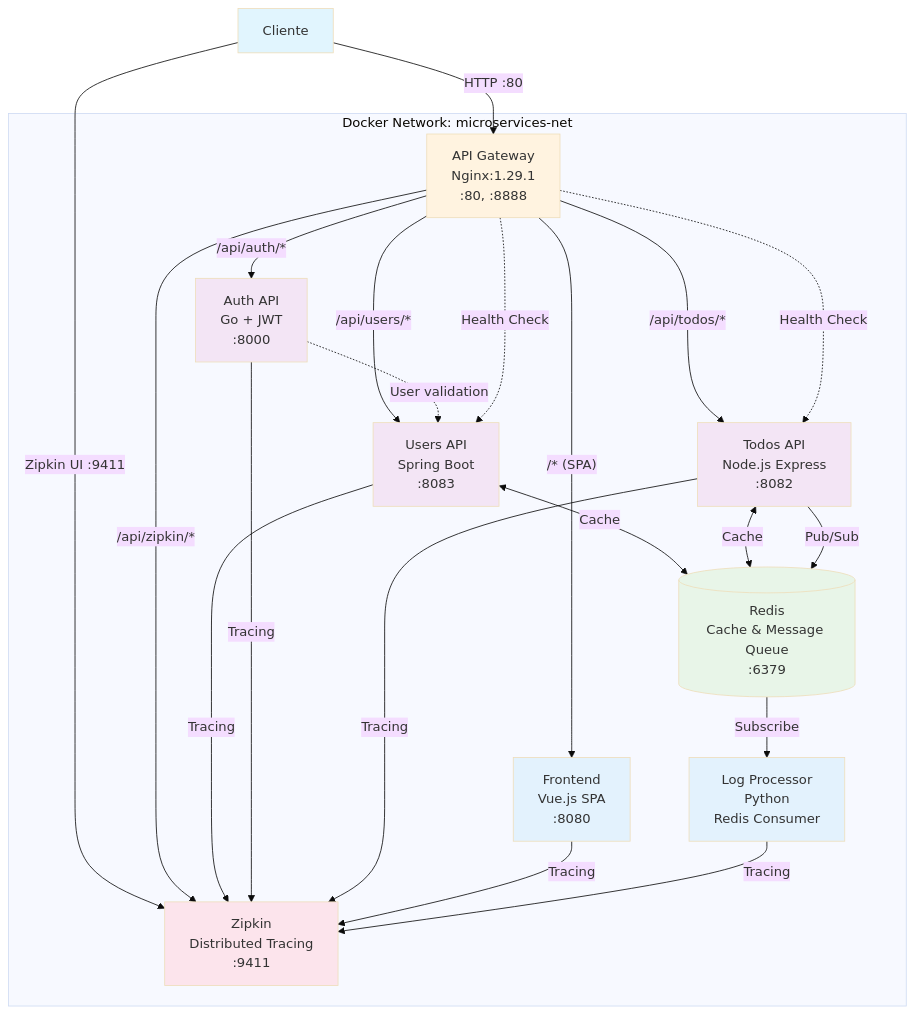
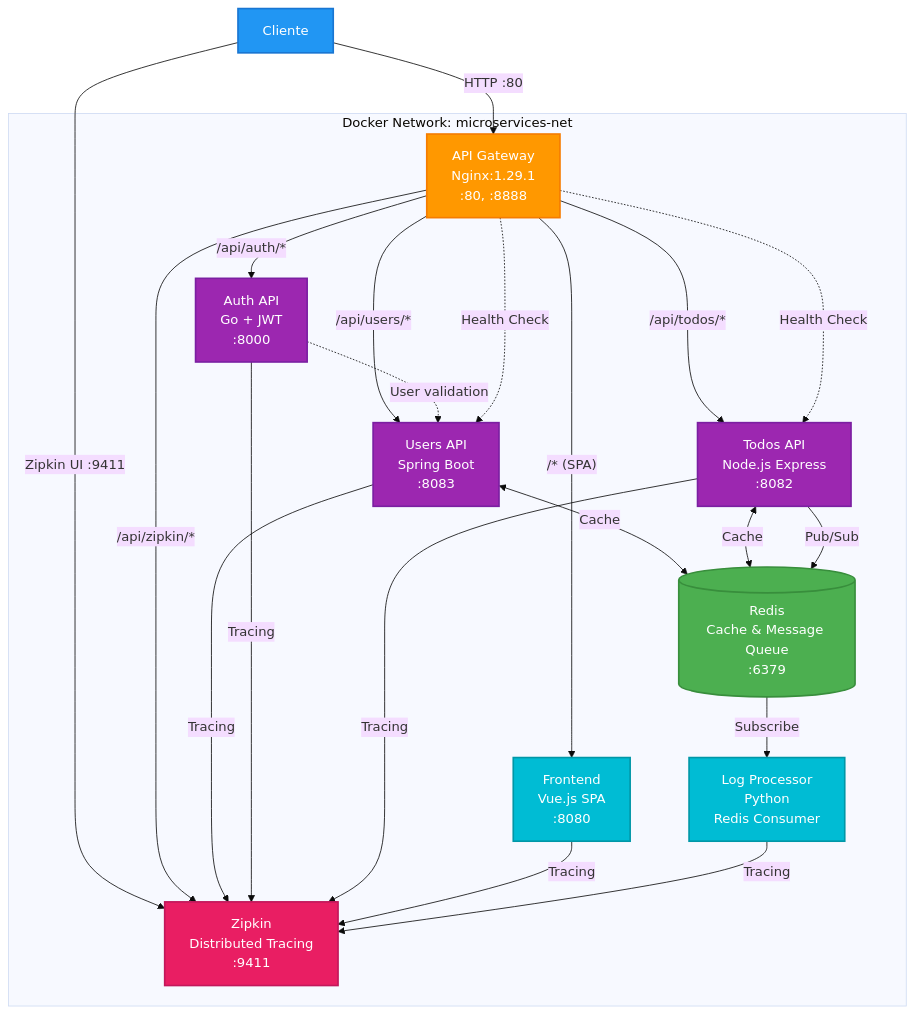
The first of 2 diagrams in README.md (Geoffrey0pv/Ops-Team-IaC-Repository), drawn with Mermaid (base theme) before and after one commit.

Commit message:
Enhance diagram styles in README.md for better visual clarity

````diff
--- a/README.md
+++ b/README.md
@@ -24,79 +24,79 @@
 ```mermaid
 graph TB
     %% Cliente y API Gateway
     Client[Cliente]
     Gateway[API Gateway<br/>Nginx:1.29.1<br/>:80, :8888]
     
     %% Frontend
     Frontend[Frontend<br/>Vue.js SPA<br/>:8080]
     
     %% Microservicios Backend
     AuthAPI[Auth API<br/>Go + JWT<br/>:8000]
     UsersAPI[Users API<br/>Spring Boot<br/>:8083]
     TodosAPI[Todos API<br/>Node.js Express<br/>:8082]
         
     %% Procesador de Logs
     LogProcessor[Log Processor<br/>Python<br/>Redis Consumer]
     
     %% Almacenamiento y Cache
     Redis[(Redis<br/>Cache & Message Queue<br/>:6379)]
     
     %% Monitoreo
     Zipkin[Zipkin<br/>Distributed Tracing<br/>:9411]
     
     %% Red Docker
     subgraph Network["Docker Network: microservices-net"]
         Gateway
         Frontend
         AuthAPI
         UsersAPI
         TodosAPI
         LogProcessor
         Redis
         Zipkin
     end
     
     %% Flujos principales
     Client -->|HTTP :80| Gateway
     Client -->|Zipkin UI :9411| Zipkin
     
     %% API Gateway routing
     Gateway -->|"/api/auth/*"| AuthAPI
     Gateway -->|"/api/users/*"| UsersAPI
     Gateway -->|"/api/todos/*"| TodosAPI
     Gateway -->|"/api/zipkin/*"| Zipkin
     Gateway -->|"/* (SPA)"| Frontend
     
     %% Dependencias entre servicios
     AuthAPI -.->|"User validation"| UsersAPI
     UsersAPI -->|"Tracing"| Zipkin
     AuthAPI -->|"Tracing"| Zipkin
     TodosAPI -->|"Tracing"| Zipkin
     Frontend -->|"Tracing"| Zipkin
     LogProcessor -->|"Tracing"| Zipkin
     
     %% Cache y almacenamiento
     UsersAPI <-->|"Cache"| Redis
     TodosAPI <-->|"Cache"| Redis
     TodosAPI -->|"Pub/Sub"| Redis
     Redis -->|"Subscribe"| LogProcessor
     
     %% Health Checks
     Gateway -.->|"Health Check"| UsersAPI
     Gateway -.->|"Health Check"| TodosAPI
     
     %% Estilos
-    classDef client fill:#e1f5fe
-    classDef gateway fill:#fff3e0
-    classDef api fill:#f3e5f5
-    classDef storage fill:#e8f5e8
-    classDef monitor fill:#fce4ec
-    classDef frontend fill:#e3f2fd
+    classDef client fill:#2196F3,stroke:#1976D2,stroke-width:2px,color:#fff
+    classDef gateway fill:#FF9800,stroke:#F57C00,stroke-width:2px,color:#fff
+    classDef api fill:#9C27B0,stroke:#7B1FA2,stroke-width:2px,color:#fff
+    classDef storage fill:#4CAF50,stroke:#388E3C,stroke-width:2px,color:#fff
+    classDef monitor fill:#E91E63,stroke:#C2185B,stroke-width:2px,color:#fff
+    classDef frontend fill:#00BCD4,stroke:#0097A7,stroke-width:2px,color:#fff
     
     class Client client
     class Gateway gateway
     class AuthAPI,UsersAPI,TodosAPI api
     class Redis storage
     class Zipkin monitor
     class Frontend,LogProcessor frontend
 ```
````
